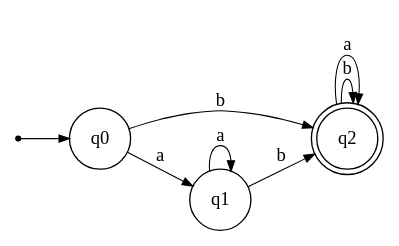
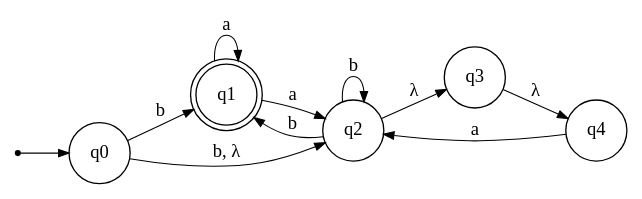
The second of 2 diagrams in README.md (nicomercadoo/automata-interpreter), drawn with Graphviz before and after one commit. The commit also changed other lines of this file and 12 other files, not shown here.

`````diff
--- a/README.md
+++ b/README.md
@@ -66,17 +66,27 @@
 ````dot
 digraph {
     rankdir = LR;
     inic [shape = point];
     edge [arrowsize = 0.8, penwidth = 0.8];
     node [shape = circle];
 
+    // start state
     inic -> q0;
-    q0 -> q2 [label = "b"];
-    q0 -> q1 [label = "a"];
-    q1 -> q2 [label = "b"];
+
+    // transitions
+    q0 -> q1 [label = "b"];
+    q0 -> q2 [label = "b, λ"];
     q1 -> q1 [label = "a"];
-    q2 [shape = doublecircle];
+    q1 -> q2 [label = "a"];
+    q2 -> q1 [label = "b"];
     q2 -> q2 [label = "b"];
-    q2 -> q2 [label = "a"];
+    q2 -> q3 [label = "λ"];
+    q3 -> q4 [label = "λ"];
+    q4 -> q2 [label = "a"];
+
+    // final states
+    q1 [shape = doublecircle];
+
 }
+
 ````
`````
